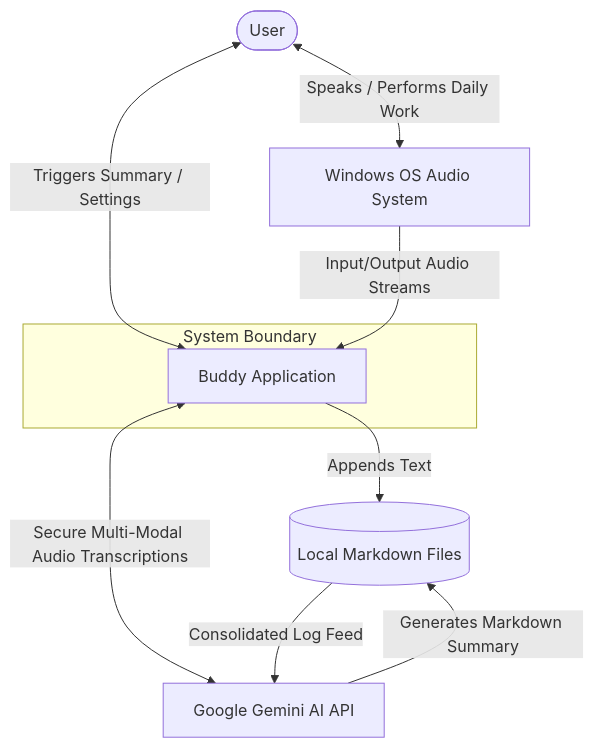
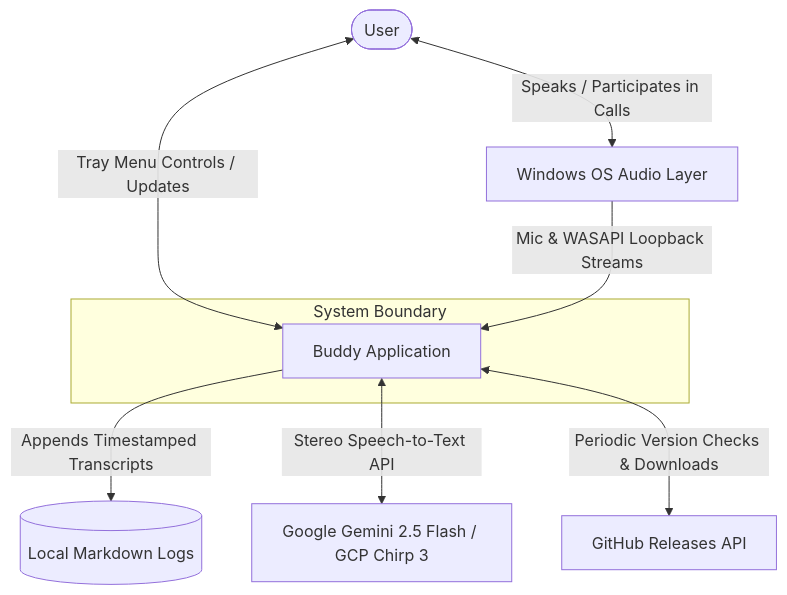
Before and after one commit to shuaiyuancn/buddy: the first of 3 diagrams in system-design.md, drawn with Mermaid. The commit also changed other lines of this file and 3 other files, not shown here.

Commit message:
docs: update PRD, system design, build env, and dev plan to reflect v0.1.5 architecture

````diff
--- a/system-design.md
+++ b/system-design.md
@@ -19,15 +19,14 @@
 ```mermaid
 graph TD
-    User([User]) <-->|Speaks / Performs Daily Work| WindowsOS[Windows OS Audio System]
-    User <-->|Triggers Summary / Settings| BuddyApp[Buddy Application]
+    User([User]) <-->|Speaks / Participates in Calls| WindowsOS[Windows OS Audio Layer]
+    User <-->|Tray Menu Controls / Updates| BuddyApp[Buddy Application]
     
     subgraph System Boundary
         BuddyApp
     end
 
-    WindowsOS -->|Input/Output Audio Streams| BuddyApp
-    BuddyApp -->|Appends Text| LocalStore[(Local Markdown Files)]
-    BuddyApp <-->|Secure Multi-Modal Audio Transcriptions| Gemini[Google Gemini AI API]
-    LocalStore -->|Consolidated Log Feed| Gemini
-    Gemini -->|Generates Markdown Summary| LocalStore
+    WindowsOS -->|Mic & WASAPI Loopback Streams| BuddyApp
+    BuddyApp -->|Appends Timestamped Transcripts| LocalStore[(Local Markdown Logs)]
+    BuddyApp <-->|Stereo Speech-to-Text API| Gemini[Google Gemini 2.5 Flash / GCP Chirp 3]
+    BuddyApp <-->|Periodic Version Checks & Downloads| GitHub[GitHub Releases API]
 ```
````
